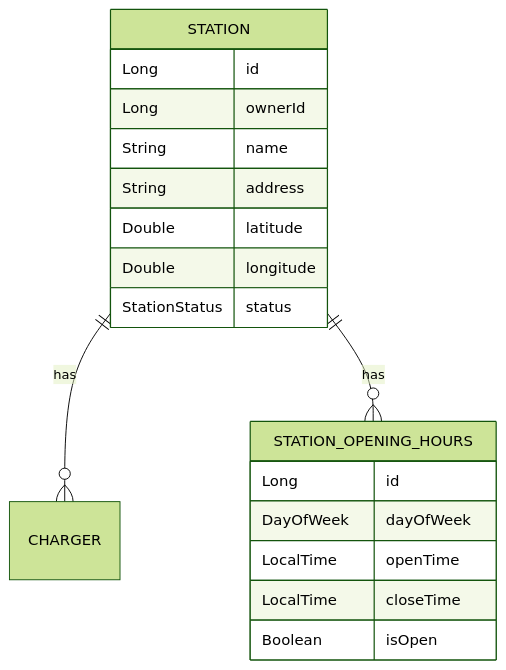
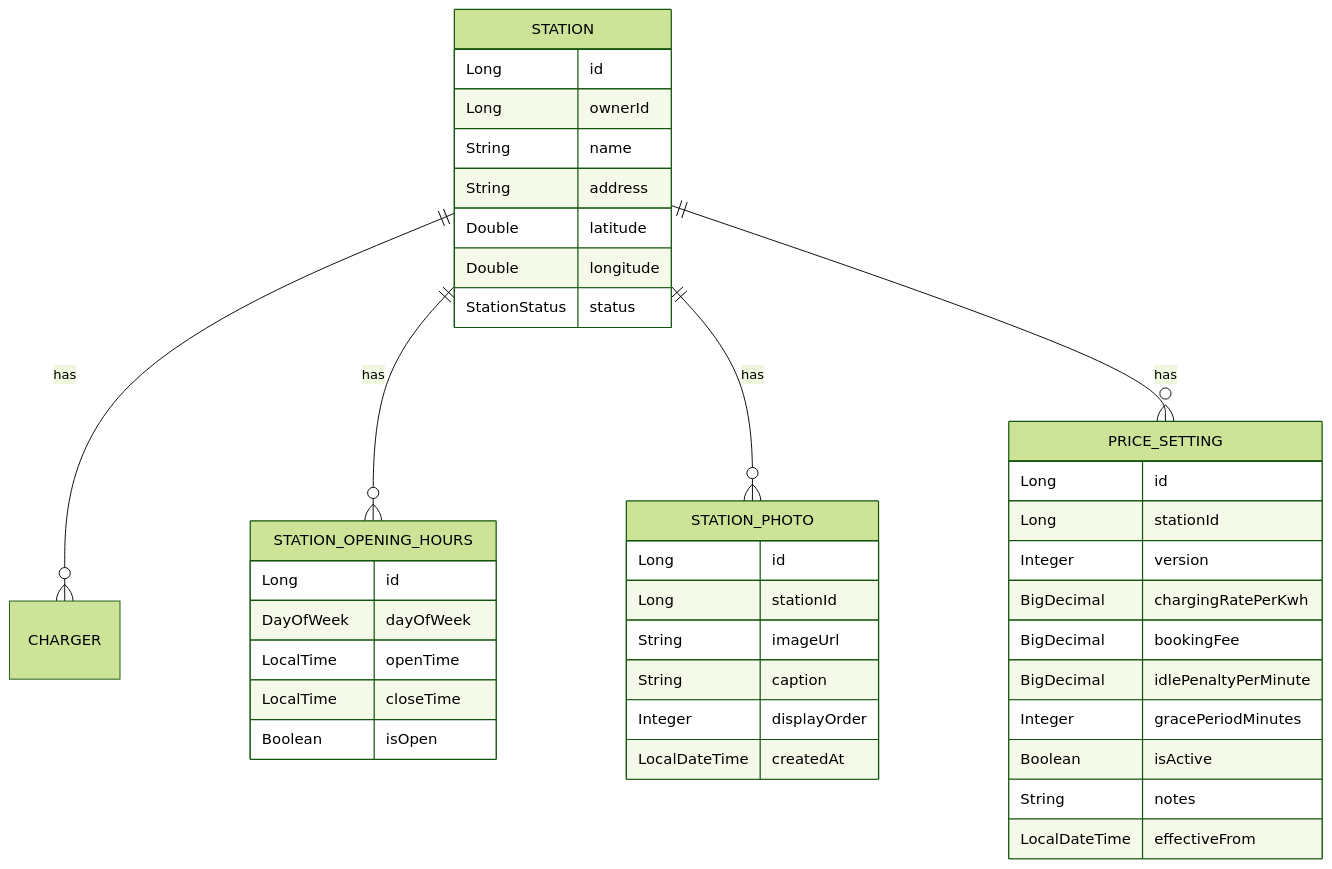
The first of 2 diagrams in evgo/docs/walkthrough-station-module.md (Sherllgen/DATN), drawn with Mermaid (forest theme) before and after one commit. The commit also changed other lines of this file and 23 other files, not shown here.

````diff
--- a/evgo/docs/walkthrough-station-module.md
+++ b/evgo/docs/walkthrough-station-module.md
@@ -20,23 +20,47 @@
 ```mermaid
 erDiagram
     STATION ||--o{ CHARGER : has
     STATION ||--o{ STATION_OPENING_HOURS : has
+    STATION ||--o{ STATION_PHOTO : has
+    STATION ||--o{ PRICE_SETTING : has
 
     STATION {
         Long id
         Long ownerId
         String name
         String address
         Double latitude
         Double longitude
         StationStatus status
     }
 
     STATION_OPENING_HOURS {
         Long id
         DayOfWeek dayOfWeek
         LocalTime openTime
         LocalTime closeTime
         Boolean isOpen
     }
+
+    STATION_PHOTO {
+        Long id
+        Long stationId
+        String imageUrl
+        String caption
+        Integer displayOrder
+        LocalDateTime createdAt
+    }
+
+    PRICE_SETTING {
+        Long id
+        Long stationId
+        Integer version
+        BigDecimal chargingRatePerKwh
+        BigDecimal bookingFee
+        BigDecimal idlePenaltyPerMinute
+        Integer gracePeriodMinutes
+        Boolean isActive
+        String notes
+        LocalDateTime effectiveFrom
+    }
 ```
````
